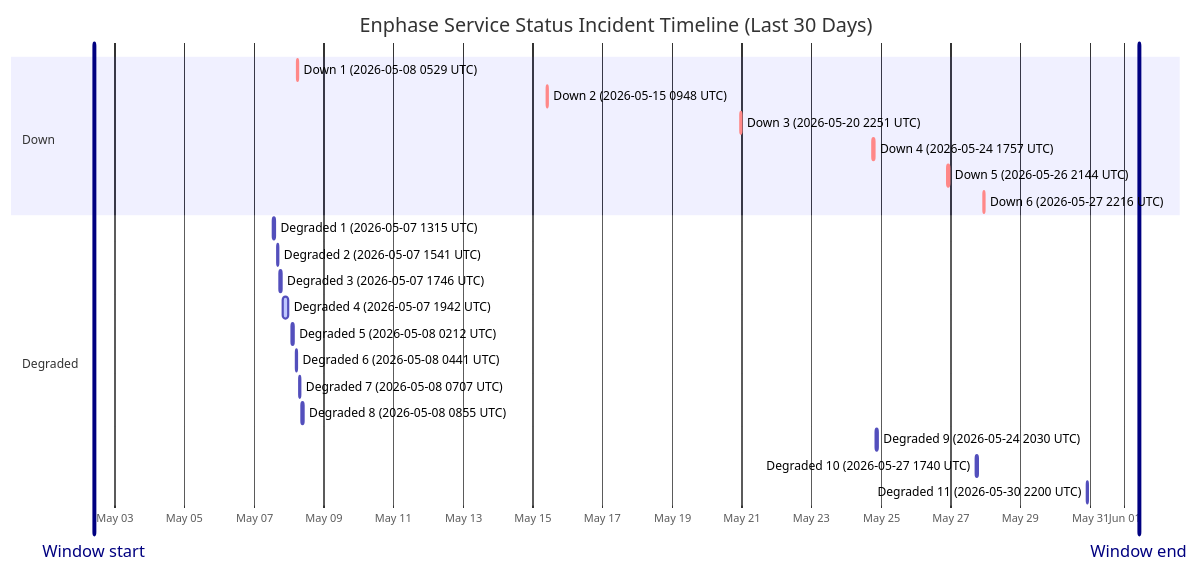
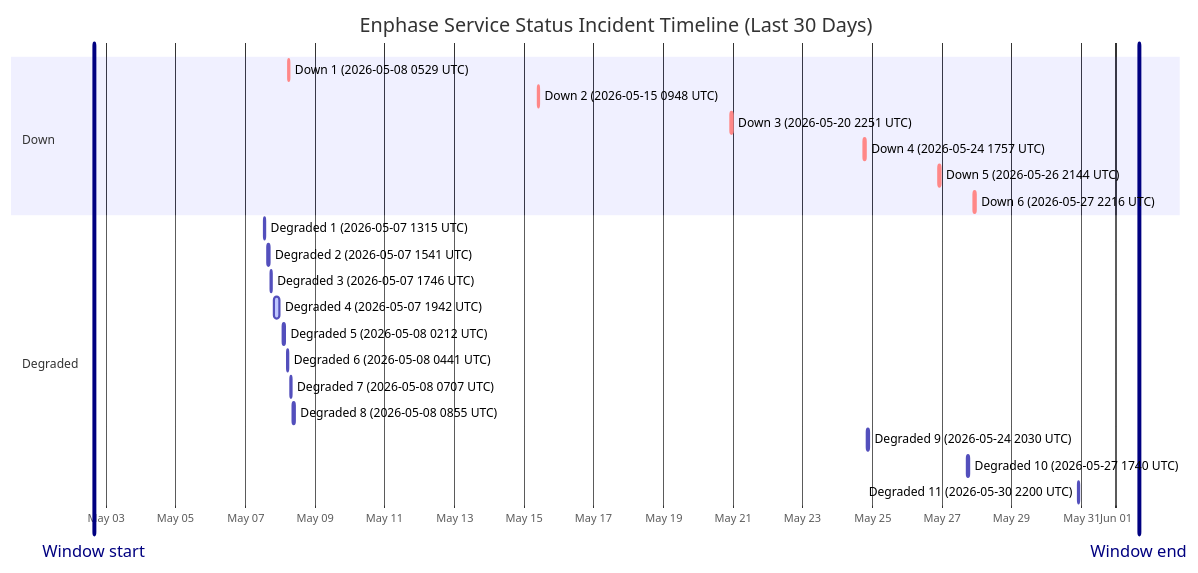
Before and after one commit to barneyonline/ha-enphase-ev-charger: the diagram in wiki/Service-Status-History.md, drawn with Mermaid. The commit also changed other lines of this file and 3 other files, not shown here.

````diff
--- a/wiki/Service-Status-History.md
+++ b/wiki/Service-Status-History.md
@@ -14,27 +14,27 @@
 ```mermaid
 gantt
     title Enphase Service Status Incident Timeline (Last 30 Days)
     dateFormat  YYYY-MM-DDTHH:mm:ss
     axisFormat  %b %d
-    Window start :vert, window-start, 2026-05-02T09:30:08, 0ms
-    Window end :vert, window-end, 2026-06-01T09:30:08, 0ms
+    Window start :vert, window-start, 2026-05-02T15:40:54, 0ms
+    Window end :vert, window-end, 2026-06-01T15:40:54, 0ms
     section Down
     Down 1 (2026-05-08 0529 UTC) :crit, down-1, 2026-05-08T05:29:47, 60m
     Down 2 (2026-05-15 0948 UTC) :crit, down-2, 2026-05-15T09:48:18, 60m
     Down 3 (2026-05-20 2251 UTC) :crit, down-3, 2026-05-20T22:51:14, 75m
     Down 4 (2026-05-24 1757 UTC) :crit, down-4, 2026-05-24T17:57:41, 86m
     Down 5 (2026-05-26 2144 UTC) :crit, down-5, 2026-05-26T21:44:11, 85m
     Down 6 (2026-05-27 2216 UTC) :crit, down-6, 2026-05-27T22:16:53, 87m
     section Degraded
     Degraded 1 (2026-05-07 1315 UTC) :active, degraded-1, 2026-05-07T13:15:25, 60m
     Degraded 2 (2026-05-07 1541 UTC) :active, degraded-2, 2026-05-07T15:41:58, 60m
     Degraded 3 (2026-05-07 1746 UTC) :active, degraded-3, 2026-05-07T17:46:51, 60m
     Degraded 4 (2026-05-07 1942 UTC) :active, degraded-4, 2026-05-07T19:42:10, 249m
     Degraded 5 (2026-05-08 0212 UTC) :active, degraded-5, 2026-05-08T02:12:39, 60m
     Degraded 6 (2026-05-08 0441 UTC) :active, degraded-6, 2026-05-08T04:41:46, 60m
     Degraded 7 (2026-05-08 0707 UTC) :active, degraded-7, 2026-05-08T07:07:30, 60m
     Degraded 8 (2026-05-08 0855 UTC) :active, degraded-8, 2026-05-08T08:55:20, 88m
     Degraded 9 (2026-05-24 2030 UTC) :active, degraded-9, 2026-05-24T20:30:57, 84m
     Degraded 10 (2026-05-27 1740 UTC) :active, degraded-10, 2026-05-27T17:40:52, 60m
     Degraded 11 (2026-05-30 2200 UTC) :active, degraded-11, 2026-05-30T22:00:37, 60m
 ```
````
